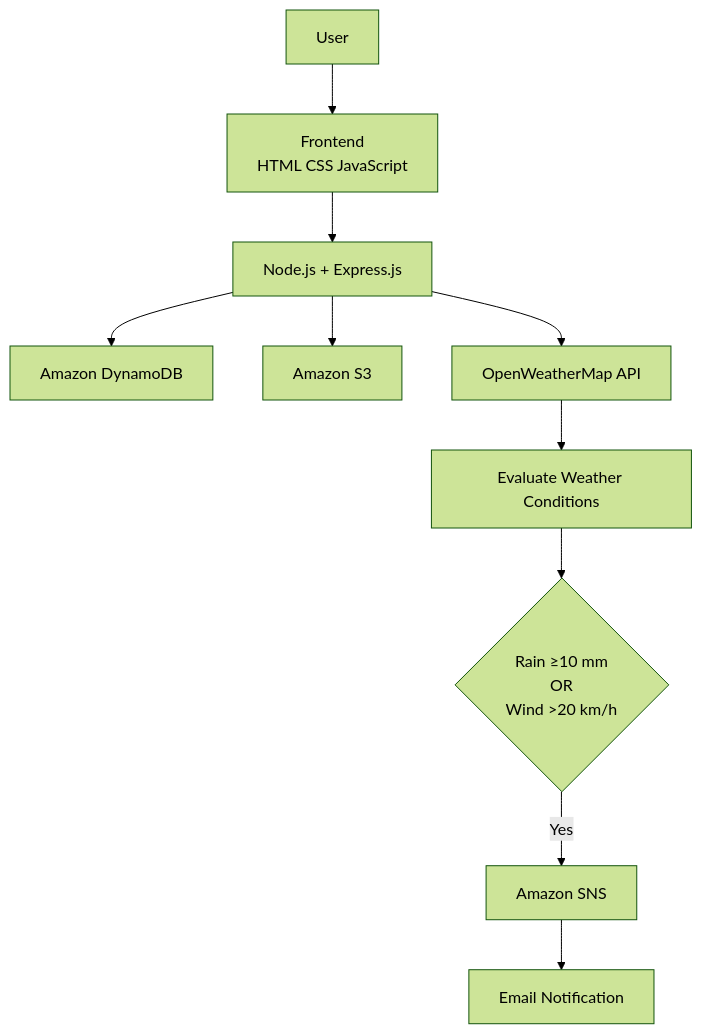
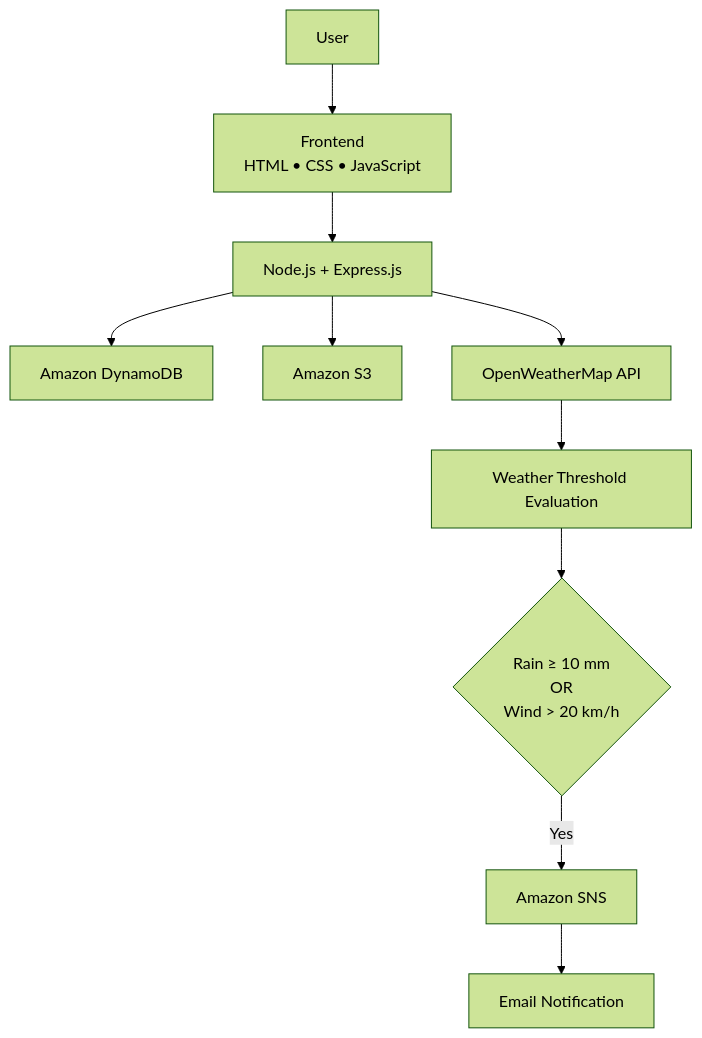
The diagram in README.md (AyushiSahai/Disaster-Alert-System), drawn with Mermaid (forest theme) before and after one commit. The commit also changed other lines of this file, not shown here.

````diff
--- a/README.md
+++ b/README.md
@@ -49,23 +58,23 @@
 ```mermaid
 flowchart TD
 
 A[User]
 
-A --> B[Frontend<br>HTML CSS JavaScript]
+A --> B[Frontend<br>HTML • CSS • JavaScript]
 
 B --> C[Node.js + Express.js]
 
 C --> D[Amazon DynamoDB]
 
 C --> E[Amazon S3]
 
 C --> F[OpenWeatherMap API]
 
-F --> G[Evaluate Weather Conditions]
+F --> G[Weather Threshold Evaluation]
 
-G --> H{Rain ≥10 mm<br/>OR<br/>Wind >20 km/h}
+G --> H{Rain ≥ 10 mm<br/>OR<br/>Wind > 20 km/h}
 
 H -- Yes --> I[Amazon SNS]
 
 I --> J[Email Notification]
 ```
````
